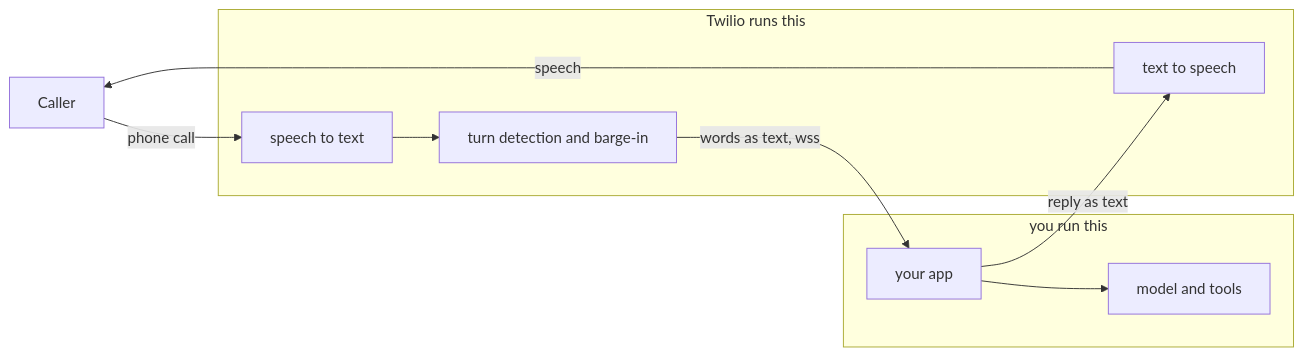
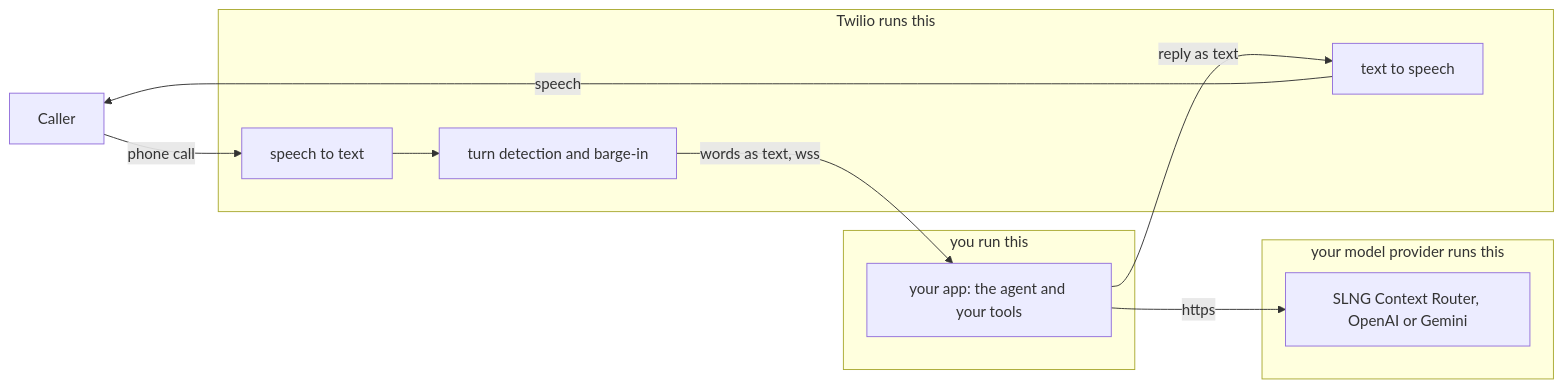
Before and after one commit to slng-ai/unmute: the second of 5 diagrams in docs-site/targets/twilio.mdx, drawn with Mermaid. The commit also changed other lines of this file and 1 other file, not shown here.

First line of the commit message:
Say who runs the model and the router on the twilio page

````diff
--- a/docs-site/targets/twilio.mdx
+++ b/docs-site/targets/twilio.mdx
@@ -48,14 +48,18 @@
 ```mermaid
 flowchart LR
     Caller -->|phone call| STT
     subgraph T [Twilio runs this]
         STT[speech to text] --> Turns[turn detection and barge-in]
         TTS[text to speech]
     end
     Turns -->|words as text, wss| App
     App -->|reply as text| TTS
     TTS -->|speech| Caller
     subgraph Y [you run this]
-        App[your app] --> Model[model and tools]
+        App[your app: the agent and your tools]
     end
+    subgraph P [your model provider runs this]
+        Model[SLNG Context Router, OpenAI or Gemini]
+    end
+    App -->|https| Model
 ```
````
